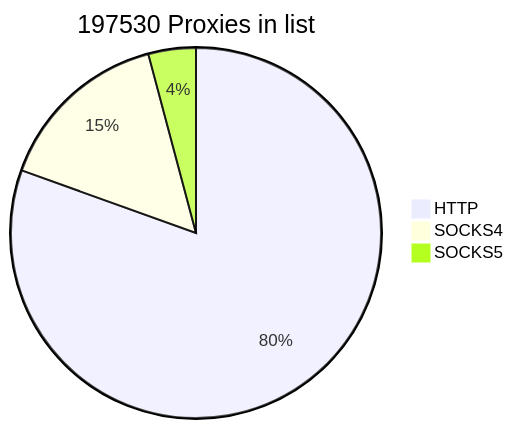
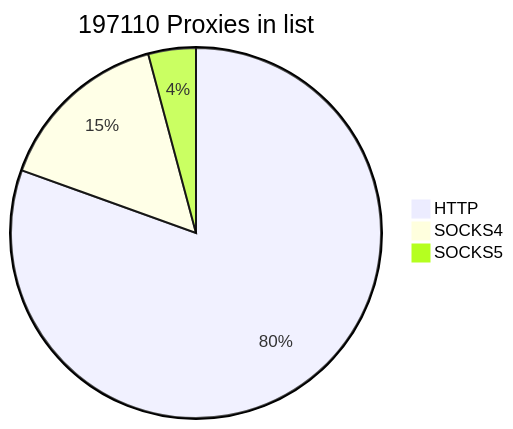
One commit to cutipu/proxylist changed the first of 2 diagrams in README.md. Above: the diagram before and after it, drawn with Mermaid. The commit also changed other lines of this file, not shown here.

````diff
--- a/README.md
+++ b/README.md
@@ -2,7 +2,7 @@
 ```mermaid
-pie title 197530 Proxies in list
-    "HTTP" : 158995
-    "SOCKS4" : 30348
-    "SOCKS5" : 8187
+pie title 197110 Proxies in list
+    "HTTP" : 158666
+    "SOCKS4" : 30256
+    "SOCKS5" : 8188
             
 ```
````
